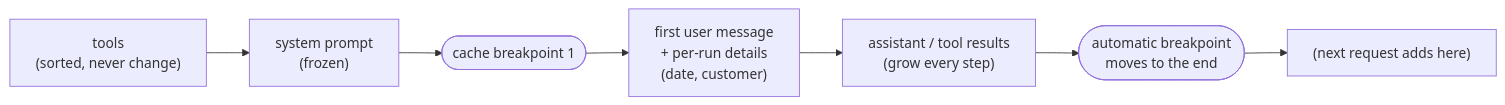
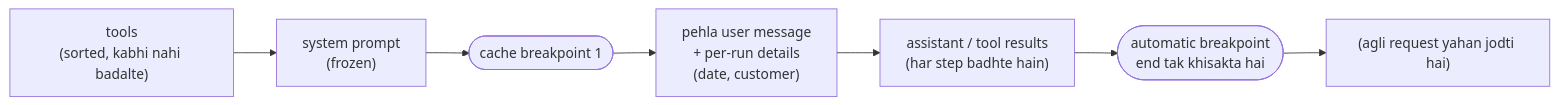
Before and after one commit to asmustechno/agentic-ai-notes: the diagram in docs/16-cost-and-performance/16.2-prompt-caching.md, drawn with Mermaid. The commit also changed other lines of this file and 135 other files, not shown here.

````diff
--- a/docs/16-cost-and-performance/16.2-prompt-caching.md
+++ b/docs/16-cost-and-performance/16.2-prompt-caching.md
@@ -56,9 +56,9 @@
 ```mermaid
 flowchart LR
-    T["tools<br/>(sorted, never change)"] --> S["system prompt<br/>(frozen)"]
+    T["tools<br/>(sorted, kabhi nahi badalte)"] --> S["system prompt<br/>(frozen)"]
     S --> B1(["cache breakpoint 1"])
-    B1 --> M1["first user message<br/>+ per-run details<br/>(date, customer)"]
-    M1 --> M2["assistant / tool results<br/>(grow every step)"]
-    M2 --> B2(["automatic breakpoint<br/>moves to the end"])
-    B2 --> N["(next request adds here)"]
+    B1 --> M1["pehla user message<br/>+ per-run details<br/>(date, customer)"]
+    M1 --> M2["assistant / tool results<br/>(har step badhte hain)"]
+    M2 --> B2(["automatic breakpoint<br/>end tak khisakta hai"])
+    B2 --> N["(agli request yahan jodti hai)"]
 ```
````
